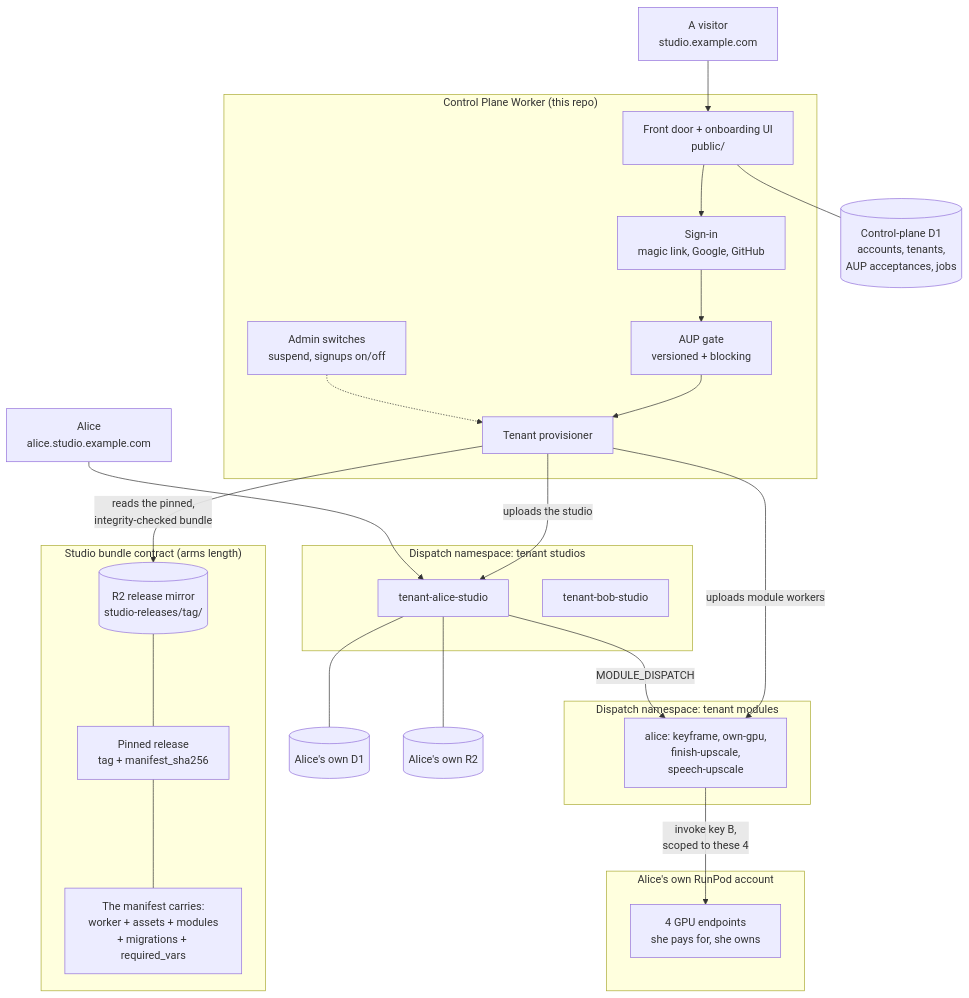
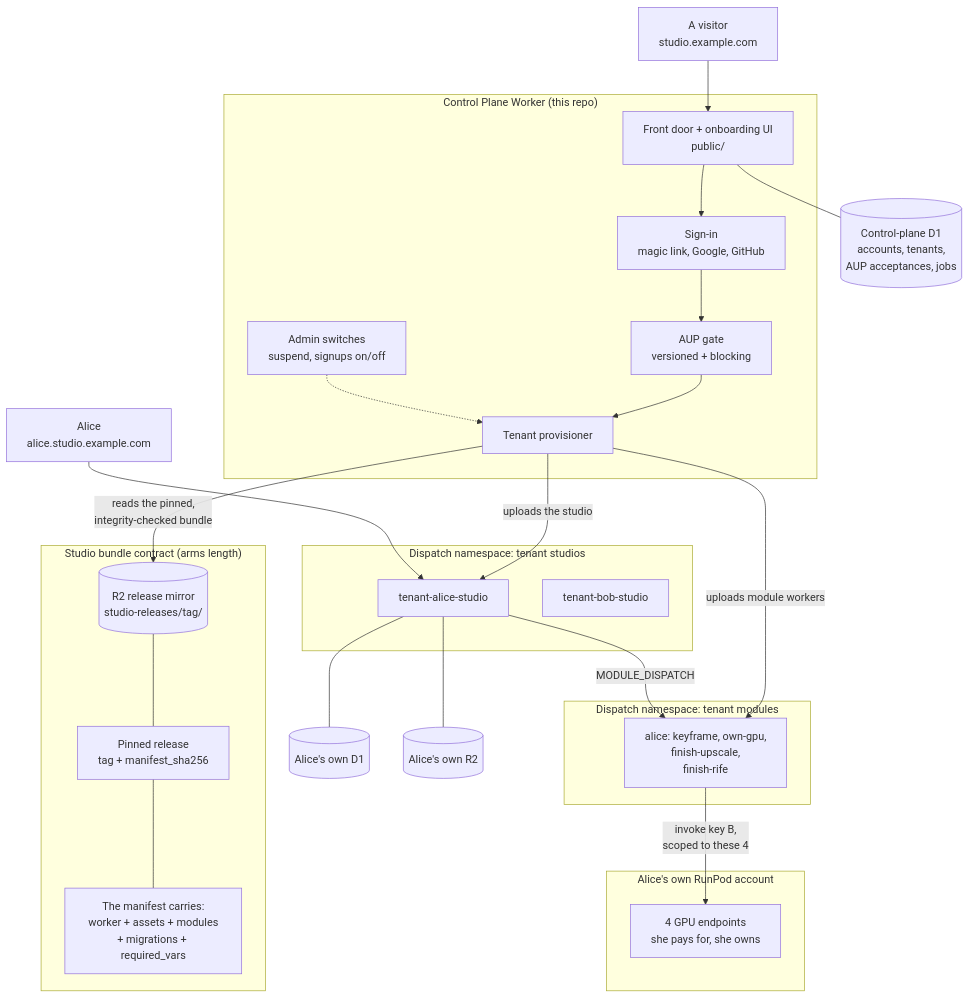
Before and after one commit to skyphusion-labs/vivijure-control-plane: the diagram in README.md, drawn with Mermaid. The commit also changed other lines of this file and 44 other files, not shown here.

````diff
--- a/README.md
+++ b/README.md
@@ -50,54 +50,54 @@
 ```mermaid
 flowchart TD
     V["A visitor<br/>studio.example.com"]
 
     subgraph CPBOX["Control Plane Worker (this repo)"]
         CP["Front door + onboarding UI<br/>public/"]
         AUTH["Sign-in<br/>magic link, Google, GitHub"]
         GATE["AUP gate<br/>versioned + blocking"]
         PROV["Tenant provisioner"]
         ADMIN["Admin switches<br/>suspend, signups on/off"]
     end
 
     CPDB[("Control-plane D1<br/>accounts, tenants,<br/>AUP acceptances, jobs")]
 
     subgraph BUNDLE["Studio bundle contract (arms length)"]
         R2M[("R2 release mirror<br/>studio-releases/tag/")]
         PIN["Pinned release<br/>tag + manifest_sha256"]
         MAN["The manifest carries:<br/>worker + assets + modules<br/>+ migrations + required_vars"]
     end
 
     subgraph NS1["Dispatch namespace: tenant studios"]
         T1["tenant-alice-studio"]
         T2["tenant-bob-studio"]
     end
 
     subgraph NS2["Dispatch namespace: tenant modules"]
-        M1["alice: keyframe, own-gpu,<br/>finish-upscale,<br/>speech-upscale"]
+        M1["alice: keyframe, own-gpu,<br/>finish-upscale,<br/>finish-rife"]
     end
 
     subgraph RP["Alice's own RunPod account"]
         E1["4 GPU endpoints<br/>she pays for, she owns"]
     end
 
     D1T[("Alice's own D1")]
     R2T[("Alice's own R2")]
     U["Alice<br/>alice.studio.example.com"]
 
     V --> CP
     CP --> AUTH
     AUTH --> GATE
     GATE --> PROV
     ADMIN -.-> PROV
     CP --- CPDB
     R2M --- PIN
     PIN --- MAN
     PROV -->|"reads the pinned,<br/>integrity-checked bundle"| R2M
     PROV -->|"uploads the studio"| T1
     PROV -->|"uploads module workers"| M1
     T1 -->|"MODULE_DISPATCH"| M1
     T1 --- D1T
     T1 --- R2T
     M1 -->|"invoke key B,<br/>scoped to these 4"| E1
     U --> T1
 ```
````
